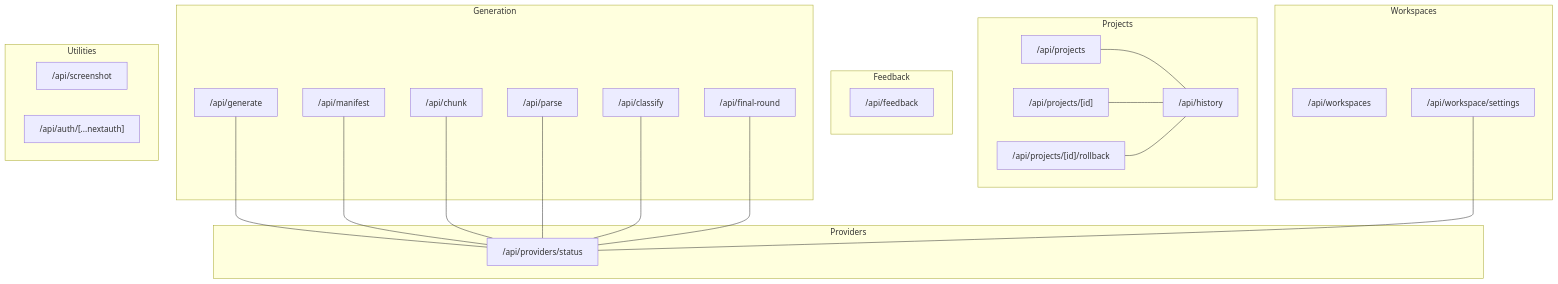
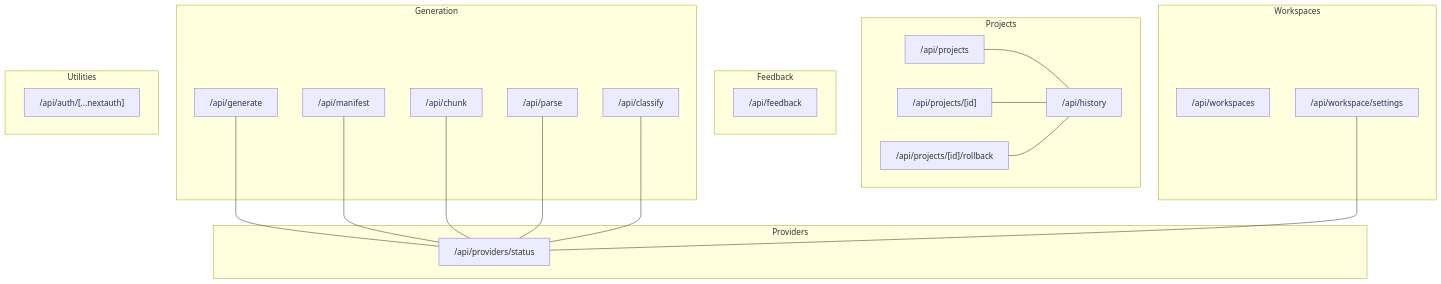
One commit to shekhargiri005-dotcom/AI-powered-accessibility-first-UI-engine changed the first of 4 diagrams in .qoder/repowiki/en/content/API Reference/API Reference.md. Above: the diagram before and after it, drawn with Mermaid. The commit also changed other lines of this file and 71 other files, not shown here.

````diff
--- a/.qoder/repowiki/en/content/API Reference/API Reference.md
+++ b/.qoder/repowiki/en/content/API Reference/API Reference.md
@@ -65,41 +71,38 @@
 ```mermaid
 graph TB
 subgraph "Generation"
 GEN["/api/generate"]
 MAN["/api/manifest"]
 CH["/api/chunk"]
 PAR["/api/parse"]
 CL["/api/classify"]
-FR["/api/final-round"]
 end
 subgraph "Providers"
 PROV["/api/providers/status"]
 end
 subgraph "Projects"
 PRJ["/api/projects"]
 PRJID["/api/projects/[id]"]
 ROLL["/api/projects/[id]/rollback"]
 HIS["/api/history"]
 end
 subgraph "Feedback"
 FEED["/api/feedback"]
 end
 subgraph "Workspaces"
 WS["/api/workspaces"]
 WSS["/api/workspace/settings"]
 end
 subgraph "Utilities"
-SCR["/api/screenshot"]
 AUTH["/api/auth/[...nextauth]"]
 end
 GEN --- PROV
 MAN --- PROV
 CH --- PROV
 PAR --- PROV
 CL --- PROV
-FR --- PROV
 PRJ --- HIS
 PRJID --- HIS
 ROLL --- HIS
 WSS --- PROV
 ```
````
